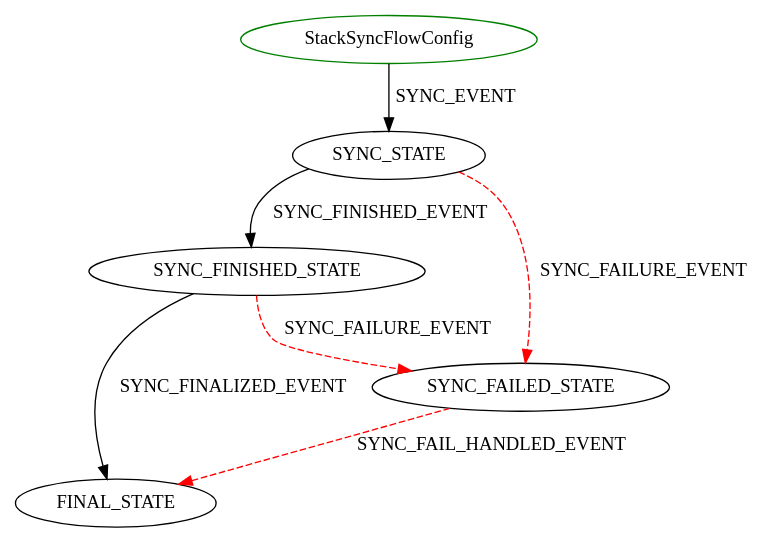
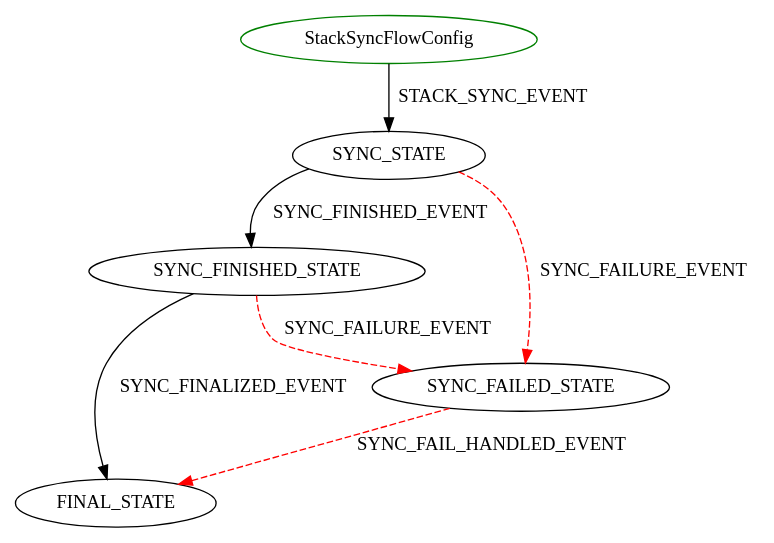
The diagram in docs/diagrams/StackSyncFlowConfig.dot (sequenceiq/cloudbreak-docs), drawn with Graphviz before and after one commit. The commit also changed 3 other files, not shown here.

Commit message:
CLOUD-58085 Update flow graphs

```diff
--- a/docs/diagrams/StackSyncFlowConfig.dot
+++ b/docs/diagrams/StackSyncFlowConfig.dot
@@ -1,9 +1,9 @@
 digraph {
 INIT_STATE [label="StackSyncFlowConfig" shape=ellipse color=green];
-INIT_STATE -> SYNC_STATE [label="SYNC_EVENT" color=black style=solid];
+INIT_STATE -> SYNC_STATE [label="STACK_SYNC_EVENT" color=black style=solid];
 SYNC_STATE -> SYNC_FINISHED_STATE [label="SYNC_FINISHED_EVENT" color=black style=solid];
 SYNC_STATE -> SYNC_FAILED_STATE [label="SYNC_FAILURE_EVENT" color=red style=dashed];
 SYNC_FAILED_STATE -> FINAL_STATE [label="SYNC_FAIL_HANDLED_EVENT" color=red style=dashed];
 SYNC_FINISHED_STATE -> FINAL_STATE [label="SYNC_FINALIZED_EVENT" color=black style=solid];
 SYNC_FINISHED_STATE -> SYNC_FAILED_STATE [label="SYNC_FAILURE_EVENT" color=red style=dashed];
 }
```
